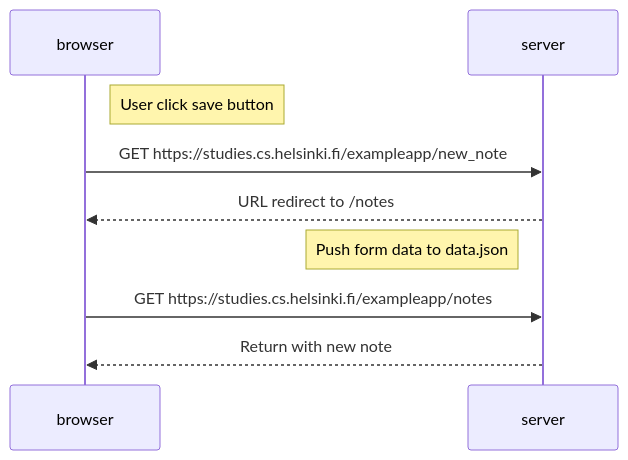
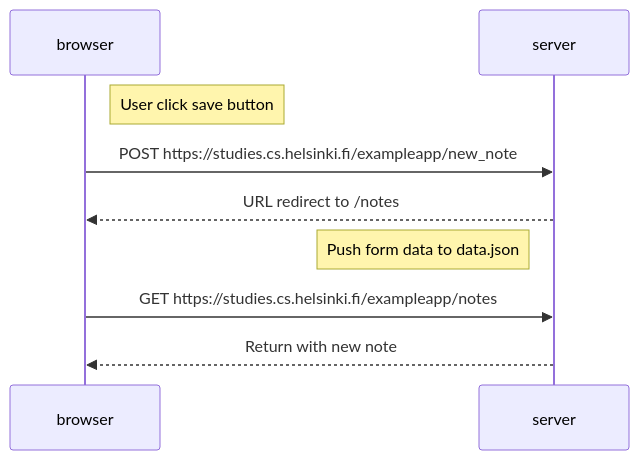
The diagram in part0/0.4: new-note-diagram.md (cyrdodi/fullstackopen-exercises), drawn with Mermaid before and after one commit. The commit also changed 1 other file, not shown here.

Commit message:
0.4: revision; 0.6: done

````diff
--- a/part0/0.4: new-note-diagram.md
+++ b/part0/0.4: new-note-diagram.md
@@ -1,14 +1,14 @@
 ```mermaid
 sequenceDiagram
     participant browser
     participant server
 
     Note right of browser: User click save button
-    browser->>server: GET https://studies.cs.helsinki.fi/exampleapp/new_note
+    browser->>server: POST https://studies.cs.helsinki.fi/exampleapp/new_note
     server-->>browser: URL redirect to /notes
     Note left of server: Push form data to data.json
 
     browser->>server: GET https://studies.cs.helsinki.fi/exampleapp/notes
     server-->>browser: Return with new note
 
 ```
````
